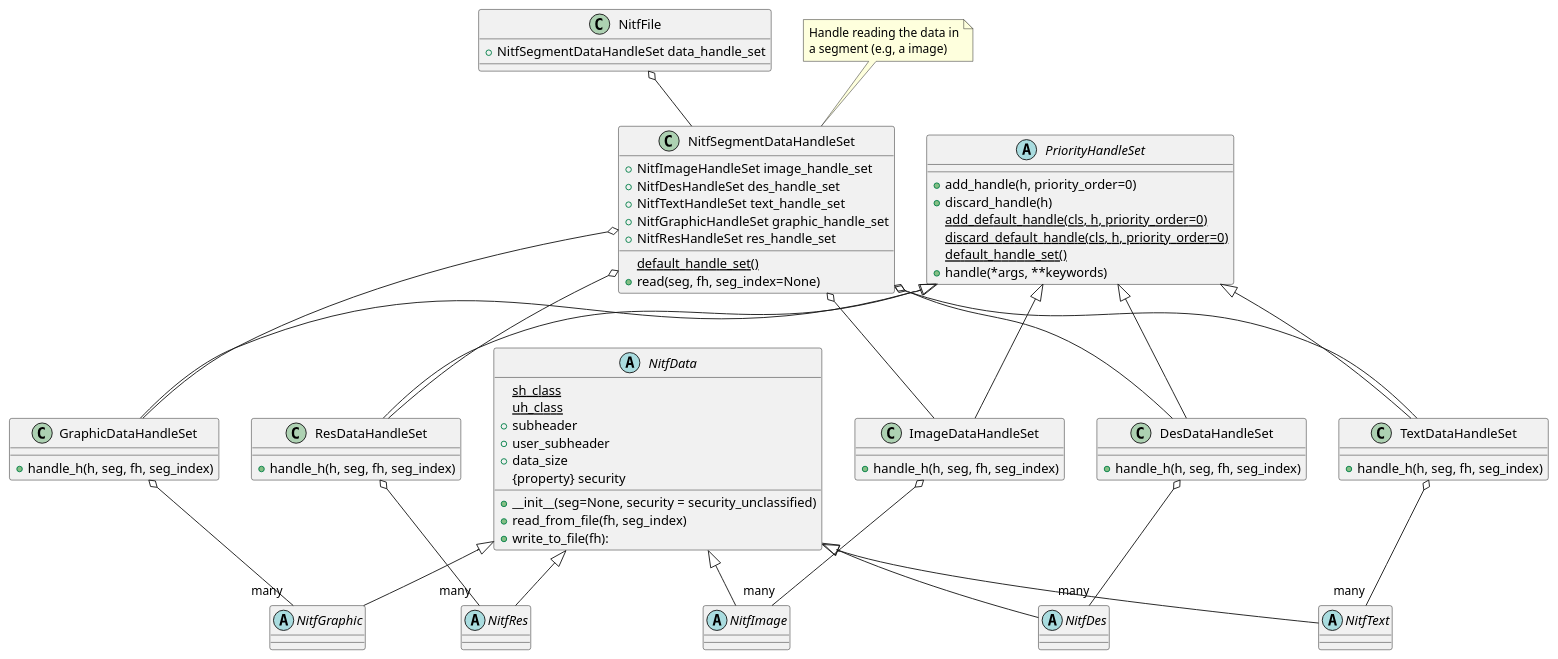
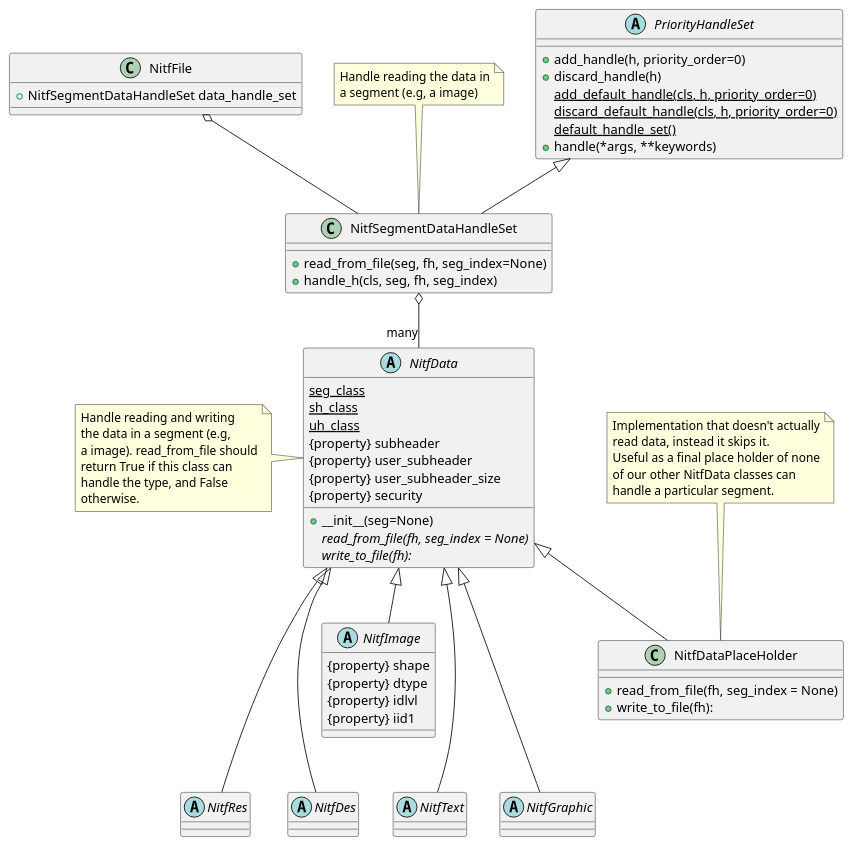
One commit to Cartography-jpl/pynitf changed the fifth of 6 diagrams in doc/nitf_file.rst. Above: the diagram before and after it, drawn with PlantUML. The commit also changed other lines of this file and 1 other file, not shown here.

Commit message:
Update documentation with changes made in the code.

```diff
--- a/doc/nitf_file.rst
+++ b/doc/nitf_file.rst
@@ -343,13 +336,8 @@
    }
 
    class NitfSegmentDataHandleSet {
-     +NitfImageHandleSet image_handle_set
-     +NitfDesHandleSet des_handle_set
-     +NitfTextHandleSet text_handle_set
-     +NitfGraphicHandleSet graphic_handle_set
-     +NitfResHandleSet res_handle_set
-     {static} default_handle_set()
-     +read(seg, fh, seg_index=None)
+     +read_from_file(seg, fh, seg_index=None)
+     +handle_h(cls, seg, fh, seg_index)
    }
    note top
       Handle reading the data in
@@ -364,67 +352,61 @@
       {static} default_handle_set()
       +handle(*args, **keywords)
    }
-   
-   class ImageDataHandleSet {
-      +handle_h(h, seg, fh, seg_index)
-   }
-   
-   class DesDataHandleSet {
-      +handle_h(h, seg, fh, seg_index)
-   }
-   
-   class TextDataHandleSet {
-      +handle_h(h, seg, fh, seg_index)
-   }
-   
-   class GraphicDataHandleSet {
-      +handle_h(h, seg, fh, seg_index)
-   }
-   
-   class ResDataHandleSet  {
-      +handle_h(h, seg, fh, seg_index)
-   }
-   
+
    abstract class NitfData {
+      {static} seg_class
       {static} sh_class
       {static} uh_class
-      +subheader
-      +user_subheader
-      +data_size
-      +__init__(seg=None, security = security_unclassified)
-      +read_from_file(fh, seg_index)
-      +write_to_file(fh):
+      {property} subheader
+      {property} user_subheader
+      {property} user_subheader_size
+      +__init__(seg=None)
+      {abstract} read_from_file(fh, seg_index = None)
+      {abstract} write_to_file(fh):
       {property} security
    }
+   note left 
+      Handle reading and writing
+      the data in a segment (e.g,
+      a image). read_from_file should
+      return True if this class can
+      handle the type, and False
+      otherwise.
+   end note
 
-   abstract class NitfImage
+   abstract class NitfImage {
+      {property} shape
+      {property} dtype
+      {property} idlvl
+      {property} iid1
+   }
    abstract class NitfDes
    abstract class NitfText
    abstract class NitfGraphic
    abstract class NitfRes
 
+   class NitfDataPlaceHolder {
+      +read_from_file(fh, seg_index = None)
+      +write_to_file(fh):
+   }
+   note top
+     Implementation that doesn't actually
+     read data, instead it skips it.
+     Useful as a final place holder of none
+     of our other NitfData classes can
+     handle a particular segment.
+   end note
+
    NitfFile o--  NitfSegmentDataHandleSet
-   NitfSegmentDataHandleSet o-- ImageDataHandleSet
-   ImageDataHandleSet o-- "many" NitfImage
-   PriorityHandleSet <|-- ImageDataHandleSet
+   NitfSegmentDataHandleSet o-- "many" NitfData
+   PriorityHandleSet <|-- NitfSegmentDataHandleSet
    NitfData <|-- NitfImage
-
-   NitfSegmentDataHandleSet o-- DesDataHandleSet
-   DesDataHandleSet o-- "many" NitfDes
-   PriorityHandleSet <|-- DesDataHandleSet
    NitfData <|-- NitfDes
-
-   NitfSegmentDataHandleSet o-- TextDataHandleSet
-   TextDataHandleSet o-- "many" NitfText
-   PriorityHandleSet <|-- TextDataHandleSet
    NitfData <|-- NitfText
-   
-   NitfSegmentDataHandleSet o-- GraphicDataHandleSet
-   GraphicDataHandleSet o-- "many" NitfGraphic
-   PriorityHandleSet <|-- GraphicDataHandleSet
    NitfData <|-- NitfGraphic
-
-   NitfSegmentDataHandleSet o-- ResDataHandleSet
-   ResDataHandleSet o-- "many" NitfRes
-   PriorityHandleSet <|-- ResDataHandleSet
    NitfData <|-- NitfRes
+   NitfData <|-- NitfDataPlaceHolder
+   NitfImage -[hidden]down- NitfDes
+   NitfImage -[hidden]down- NitfText
+   NitfImage -[hidden]down- NitfGraphic
+   NitfImage -[hidden]down- NitfRes
```
